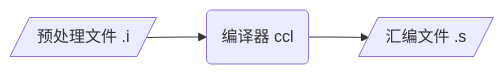
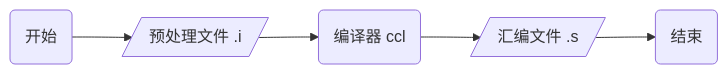
The third of 8 diagrams in _posts/language/c_c++/compile/2021-06-15-编译过程.md (dmjcb/dmjcb.github.io), drawn with Mermaid before and after one commit. The commit also changed other lines of this file and 31 other files, not shown here.

````diff
--- a/_posts/language/c_c++/compile/2021-06-15-编译过程.md
+++ b/_posts/language/c_c++/compile/2021-06-15-编译过程.md
@@ -96,4 +67,4 @@
 ```mermaid
 graph LR;
-    A[/预处理文件 .i/] --> C(编译器 ccl) --> S[/汇编文件 .s/]
+    X(开始)-->A[/预处理文件 .i/]-->C(编译器 ccl)-->S[/汇编文件 .s/]-->Z(结束)
 ```
````
